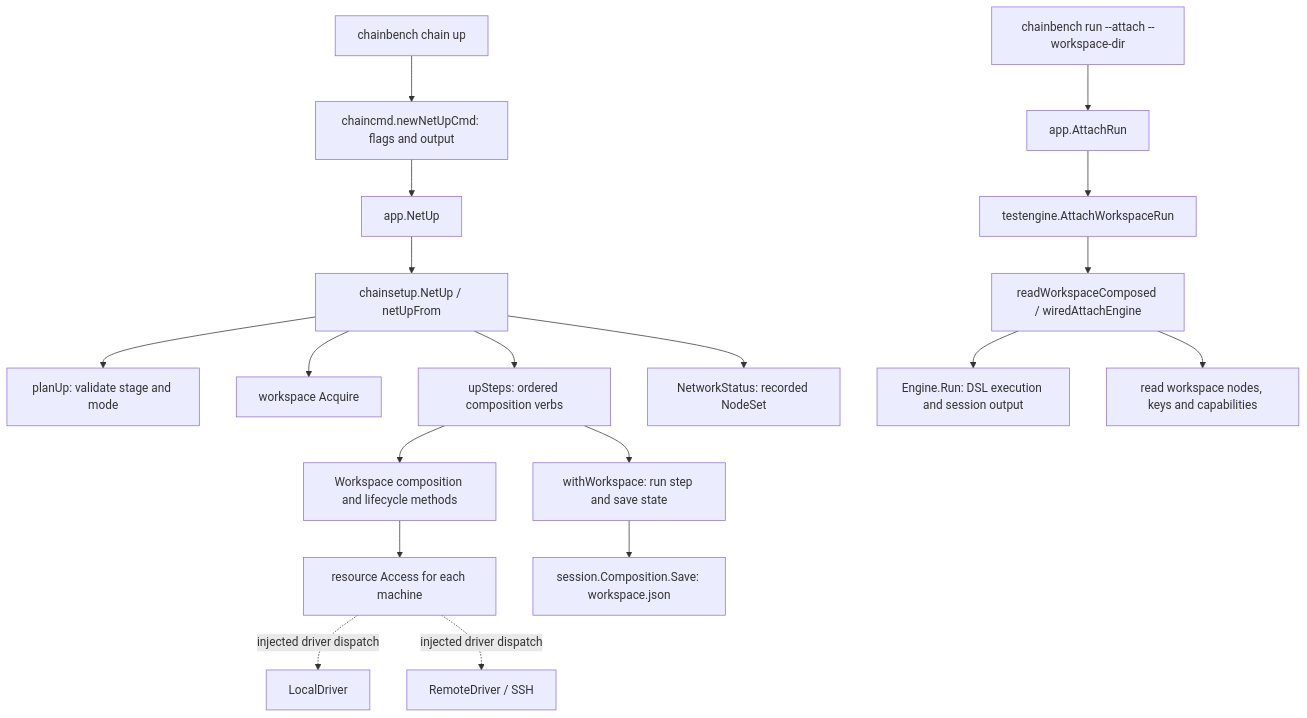
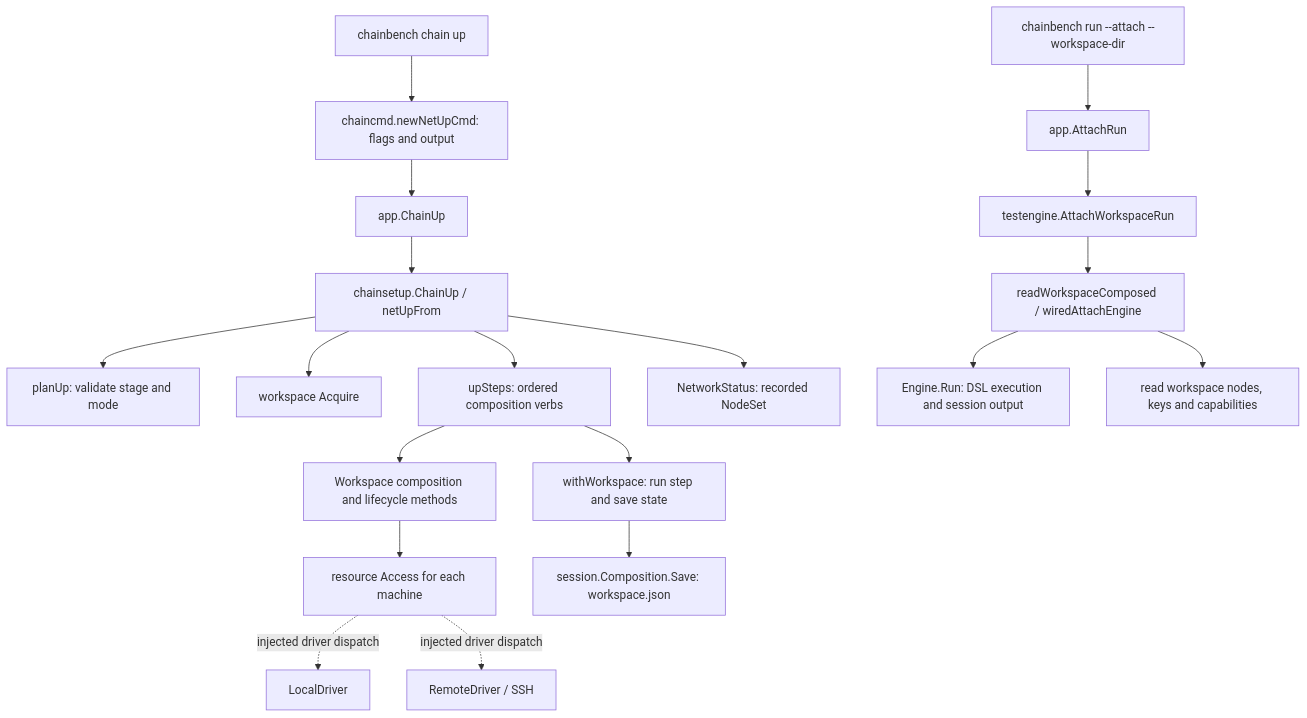
The diagram in docs/dev/architecture/refactoring-proposal/cli-composition-review.md (0xmhha/chainbench), drawn with Mermaid before and after one commit. The commit also changed other lines of this file and 226 other files, not shown here.

````diff
--- a/docs/dev/architecture/refactoring-proposal/cli-composition-review.md
+++ b/docs/dev/architecture/refactoring-proposal/cli-composition-review.md
@@ -19,21 +19,21 @@
 ```mermaid
 flowchart TD
   CLI[chainbench chain up] --> Bind[chaincmd.newNetUpCmd: flags and output]
-  Bind --> App[app.NetUp]
-  App --> Up[chainsetup.NetUp / netUpFrom]
+  Bind --> App[app.ChainUp]
+  App --> Up[chainsetup.ChainUp / netUpFrom]
   Up --> Plan[planUp: validate stage and mode]
   Up --> Lock[workspace Acquire]
   Up --> Steps[upSteps: ordered composition verbs]
   Steps --> State[withWorkspace: run step and save state]
   Steps --> Work[Workspace composition and lifecycle methods]
   Work --> Access[resource Access for each machine]
   Access -. injected driver dispatch .-> Local[LocalDriver]
   Access -. injected driver dispatch .-> Remote[RemoteDriver / SSH]
   Up --> Recorded[NetworkStatus: recorded NodeSet]
   State --> Disk[session.Composition.Save: workspace.json]
   Later[chainbench run --attach --workspace-dir] --> Attach[app.AttachRun]
   Attach --> WA[testengine.AttachWorkspaceRun]
   WA --> Load[readWorkspaceComposed / wiredAttachEngine]
   Load --> Engine[Engine.Run: DSL execution and session output]
   Load --> DiskRead[read workspace nodes, keys and capabilities]
 ```
````
